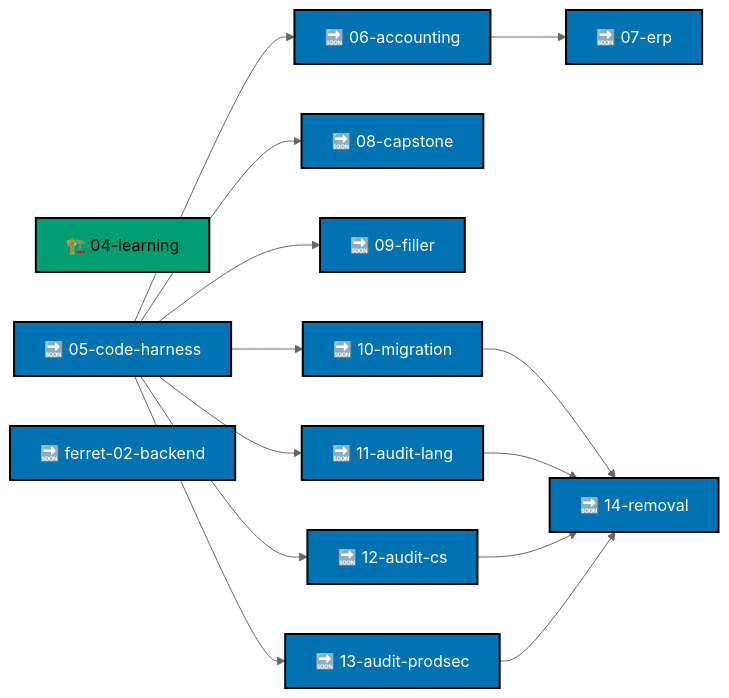
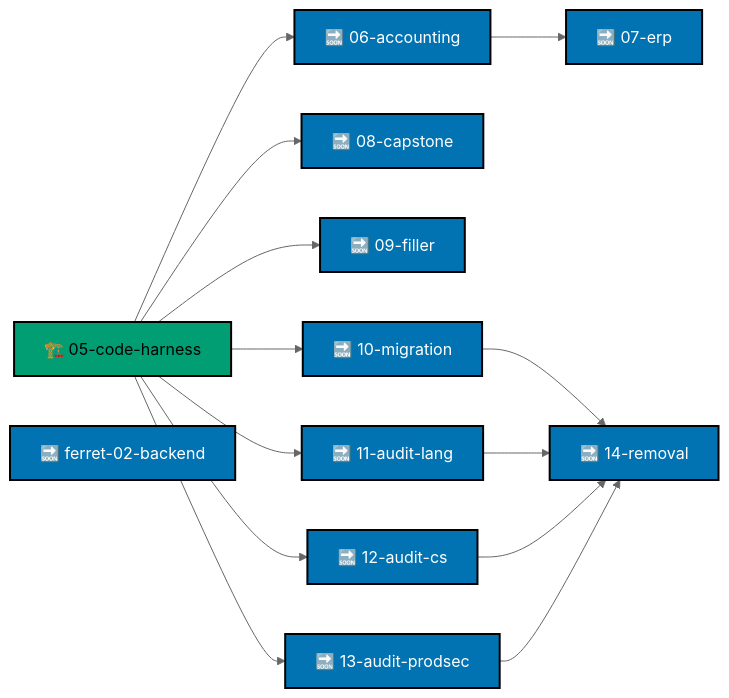
One commit to wahidyankf/ose-public changed the diagram in plans/README.md. Above: the diagram before and after it, drawn with Mermaid (neutral theme). The commit also changed other lines of this file, not shown here.

Commit message:
docs(plans): drop finished 04 from order graph, mark 05 in progress

````diff
--- a/plans/README.md
+++ b/plans/README.md
@@ -32,32 +32,31 @@
 ```mermaid
 flowchart LR
   accTitle: Plan order
-  accDescr: Twelve live plans ordered by their Depends-on declarations.
-  P04["🏗️ 04-learning"]:::inprogress
-  P05["🔜 05-code-harness"]:::backlog
+  accDescr: Eleven live plans ordered by their Depends-on declarations.
+  P05["🏗️ 05-code-harness"]:::inprogress
   P06["🔜 06-accounting"]:::backlog
   P07["🔜 07-erp"]:::backlog
   P08["🔜 08-capstone"]:::backlog
   P09["🔜 09-filler"]:::backlog
   P10["🔜 10-migration"]:::backlog
   P11["🔜 11-audit-lang"]:::backlog
   P12["🔜 12-audit-cs"]:::backlog
   P13["🔜 13-audit-prodsec"]:::backlog
   P14["🔜 14-removal"]:::backlog
   FER["🔜 ferret-02-backend"]:::backlog
   P05 --> P06
   P05 --> P08
   P05 --> P09
   P05 --> P10
   P05 --> P11
   P05 --> P12
   P05 --> P13
   P06 --> P07
   P10 --> P14
   P11 --> P14
   P12 --> P14
   P13 --> P14
   classDef backlog fill:#0173B2,stroke:#000000,color:#FFFFFF,stroke-width:2px
   classDef inprogress fill:#029E73,stroke:#000000,color:#000000,stroke-width:2px
   classDef default fill:#FFFFFF,stroke:#000000,color:#000000
 ```
````
